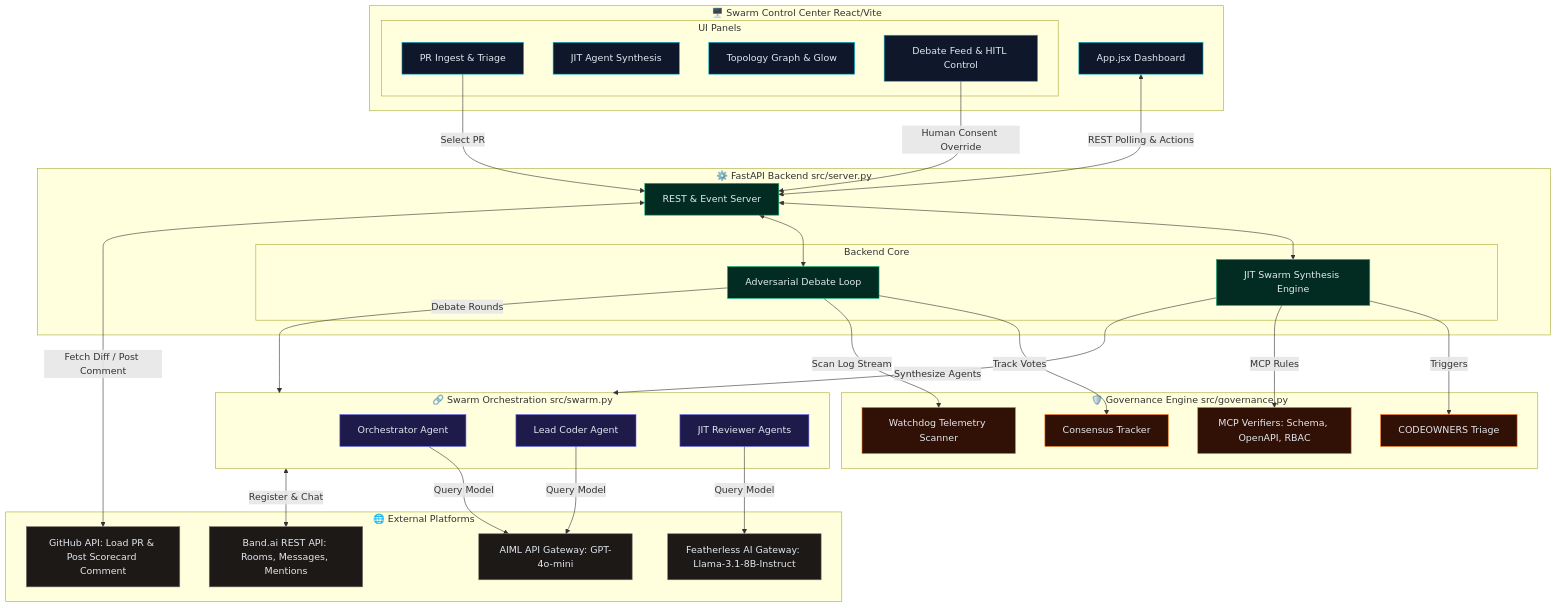
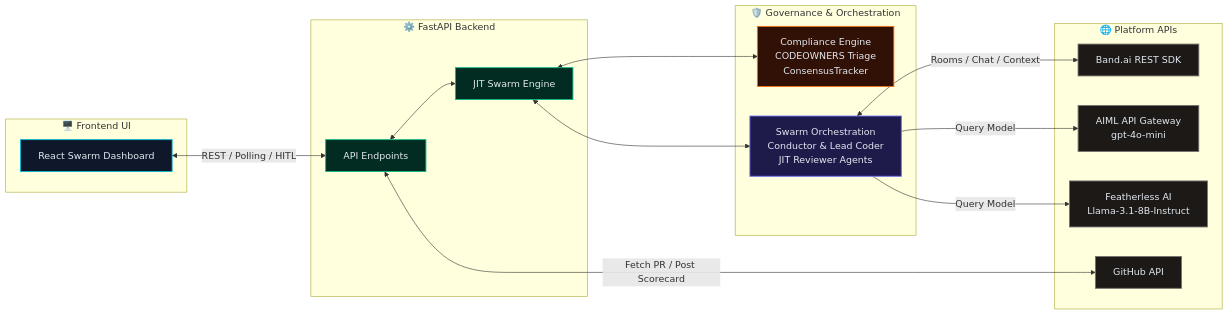
The second of 2 diagrams in README.md (vjb/WellActually.ai), drawn with Mermaid before and after one commit.

Commit message:
optimize swarm debate latency & fix reviewer consensus bug

````diff
--- a/README.md
+++ b/README.md
@@ -194,76 +194,49 @@
 ```mermaid
-graph TB
-    subgraph Frontend [🖥️ Swarm Control Center React/Vite]
-        UI[App.jsx Dashboard]
-        subgraph PanelComponents [UI Panels]
-            P1[PR Ingest & Triage]
-            P2[JIT Agent Synthesis]
-            P3[Topology Graph & Glow]
-            P4[Debate Feed & HITL Control]
-        end
+graph LR
+    %% Styling
+    classDef default fill:#111827,stroke:#374151,color:#f3f4f6,stroke-width:1px;
+    classDef ui fill:#0f172a,stroke:#06b6d4,color:#e2e8f0,stroke-width:1.5px;
+    classDef srv fill:#022c22,stroke:#10b981,color:#e2e8f0,stroke-width:1.5px;
+    classDef orch fill:#1e1b4b,stroke:#6366f1,color:#e2e8f0,stroke-width:1.5px;
+    classDef gov fill:#311005,stroke:#f97316,color:#e2e8f0,stroke-width:1.5px;
+    classDef ext fill:#1c1917,stroke:#78716c,color:#e2e8f0,stroke-width:1.5px;
+
+    %% Elements
+    subgraph Client [🖥️ Frontend UI]
+        Dash[React Swarm Dashboard]:::ui
     end
 
-    subgraph Backend [⚙️ FastAPI Backend src/server.py]
-        API[REST & Event Server]
-        subgraph BackendEngines [Backend Core]
-            SE[JIT Swarm Synthesis Engine]
-            DL[Adversarial Debate Loop]
-        end
+    subgraph Host [⚙️ FastAPI Backend]
+        API[API Endpoints]:::srv
+        SE[JIT Swarm Engine]:::srv
     end
 
-    subgraph Orchestration [🔗 Swarm Orchestration src/swarm.py]
-        Conductor[Orchestrator Agent]
-        Coder[Lead Coder Agent]
-        Reviewers[JIT Reviewer Agents]
+    subgraph Core [🛡️ Governance & Orchestration]
+        Gov[Compliance Engine<br/>CODEOWNERS Triage<br/>ConsensusTracker]:::gov
+        BandOrch[Swarm Orchestration<br/>Conductor & Lead Coder<br/>JIT Reviewer Agents]:::orch
     end
 
-    subgraph Governance [🛡️ Governance Engine src/governance.py]
-        TriageScanner[CODEOWNERS Triage]
-        CT[Consensus Tracker]
-        WD[Watchdog Telemetry Scanner]
-        Verifier[MCP Verifiers: Schema, OpenAPI, RBAC]
+    subgraph Platforms [🌐 Platform APIs]
+        BandSDK[Band.ai REST SDK]:::ext
+        AIML[AIML API Gateway<br/>gpt-4o-mini]:::ext
+        Featherless[Featherless AI<br/>Llama-3.1-8B-Instruct]:::ext
+        GitHub[GitHub API]:::ext
     end
 
-    subgraph External [🌐 External Platforms]
-        Band[Band.ai REST API: Rooms, Messages, Mentions]
-        AIML[AIML API Gateway: GPT-4o-mini]
-        Featherless[Featherless AI Gateway: Llama-3.1-8B-Instruct]
-        GitHub[GitHub API: Load PR & Post Scorecard Comment]
-    end
+    %% Flows (Left to Right)
+    Dash <-->|REST / Polling / HITL| API
+    API <--> SE
+    SE <--> Gov
+    SE <--> BandOrch
 
-    %% Flow connections
-    UI <-->|REST Polling & Actions| API
-    P1 -->|Select PR| API
-    P4 -->|Human Consent Override| API
+    BandOrch <-->|Rooms / Chat / Context| BandSDK
+    BandOrch -->|Query Model| AIML
+    BandOrch -->|Query Model| Featherless
+    API <-->|Fetch PR / Post Scorecard| GitHub
 
-    API <--> SE
-    API <--> DL
-
-    SE -->|Triggers| TriageScanner
-    SE -->|MCP Rules| Verifier
-    DL -->|Track Votes| CT
-    DL -->|Scan Log Stream| WD
-
-    SE -->|Synthesize Agents| Orchestration
-    DL -->|Debate Rounds| Orchestration
-
-    Orchestration <-->|Register & Chat| Band
-    Conductor -->|Query Model| AIML
-    Coder -->|Query Model| AIML
-    Reviewers -->|Query Model| Featherless
-    API <-->|Fetch Diff / Post Comment| GitHub
-
-    %% Styling
-    classDef default fill:#111827,stroke:#374151,color:#f3f4f6,stroke-width:1px;
-    classDef ui fill:#0f172a,stroke:#06b6d4,color:#e2e8f0,stroke-width:1px;
-    classDef srv fill:#022c22,stroke:#10b981,color:#e2e8f0,stroke-width:1px;
-    classDef orch fill:#1e1b4b,stroke:#6366f1,color:#e2e8f0,stroke-width:1px;
-    classDef gov fill:#311005,stroke:#f97316,color:#e2e8f0,stroke-width:1px;
-    classDef ext fill:#1c1917,stroke:#78716c,color:#e2e8f0,stroke-width:1px;
-
-    class UI,P1,P2,P3,P4 ui;
-    class API,SE,DL srv;
-    class Conductor,Coder,Reviewers orch;
-    class TriageScanner,CT,WD,Verifier gov;
-    class Band,AIML,Featherless,GitHub ext;
+    class Dash ui;
+    class API,SE srv;
+    class Gov gov;
+    class BandOrch orch;
+    class BandSDK,AIML,Featherless,GitHub ext;
 ```
````
